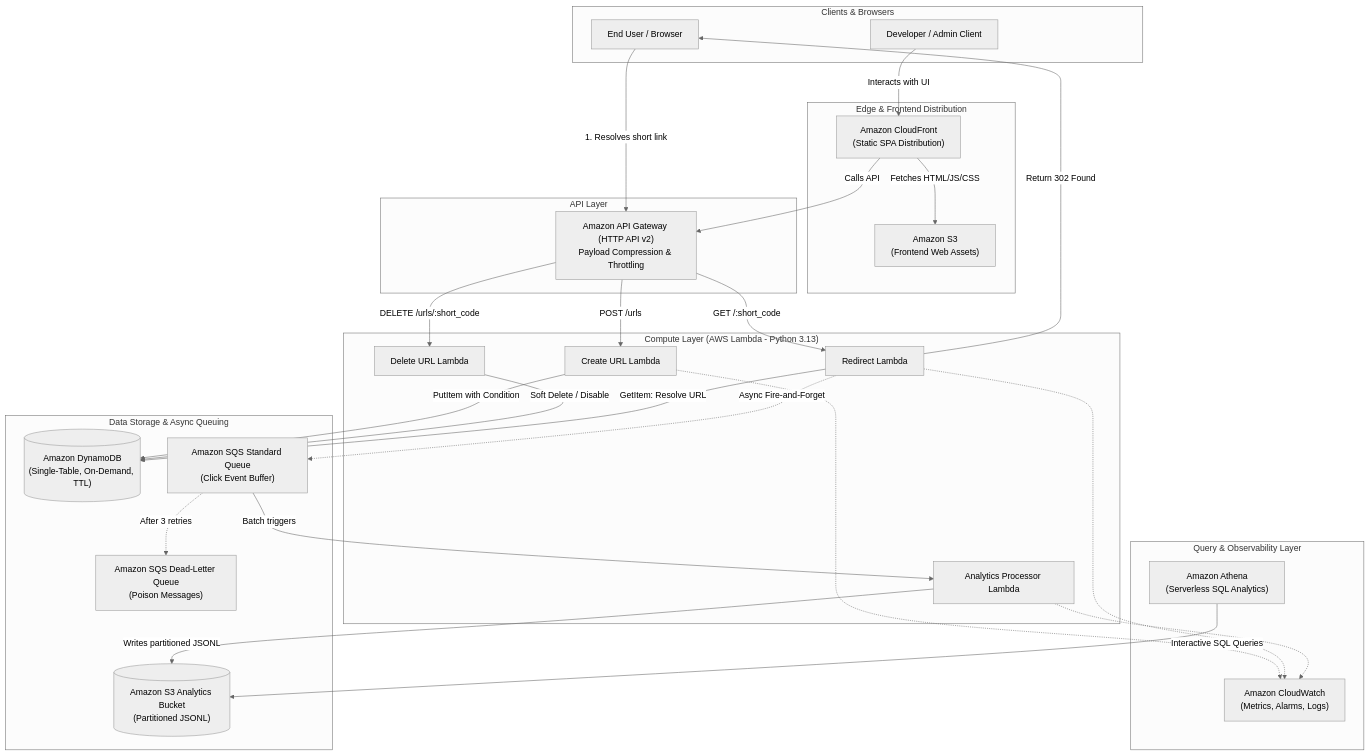
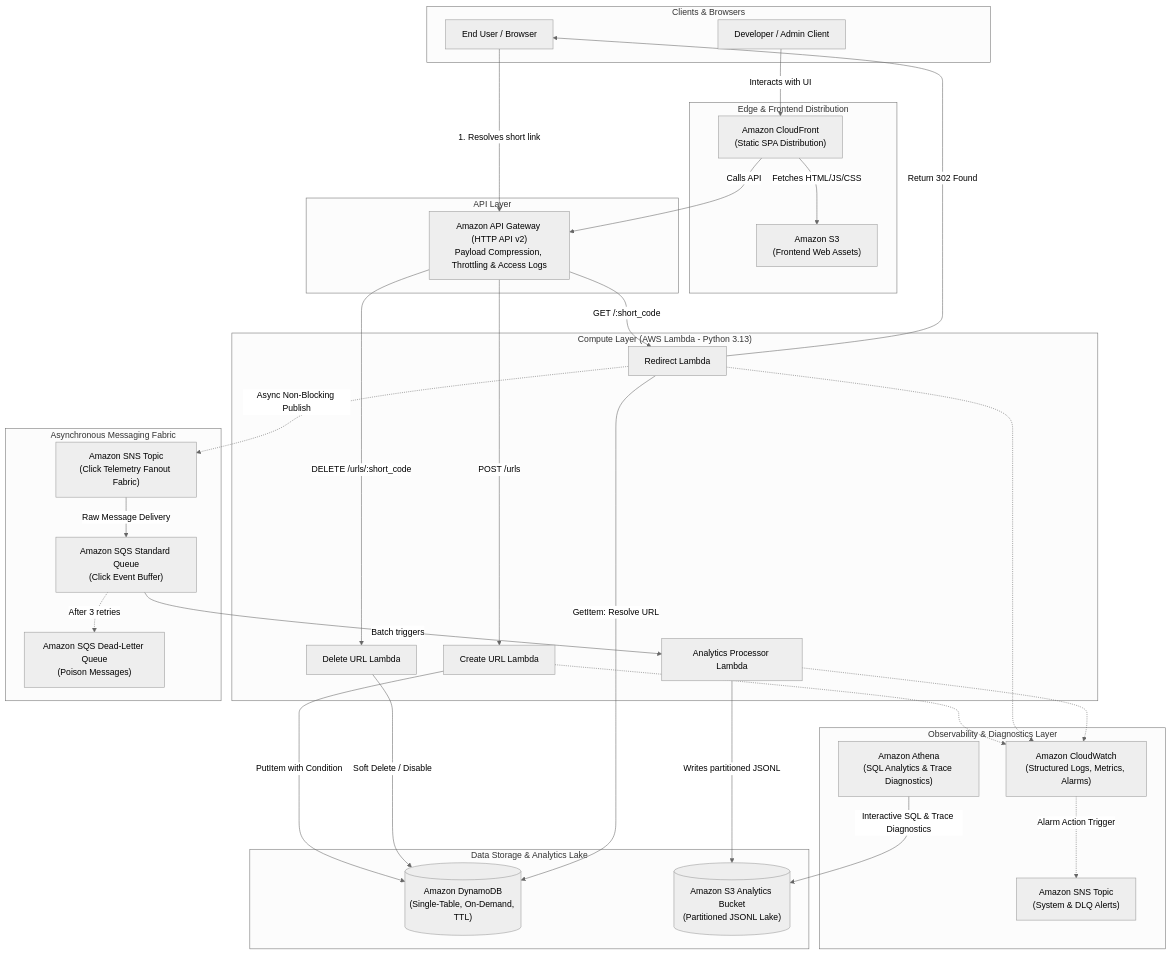
One commit to ShyamD2/aws-cloud-serverless-url-shortener changed the diagram in README.md. Above: the diagram before and after it, drawn with Mermaid (neutral theme). The commit also changed other lines of this file and 25 other files, not shown here.

First line of the commit message:
feat: implement SNS messaging fabric, structured JSON logging, and request-context propagation

````diff
--- a/README.md
+++ b/README.md
@@ -28,62 +31,69 @@
 ```mermaid
 flowchart TD
     subgraph Clients["Clients & Browsers"]
         U["End User / Browser"]
         Admin["Developer / Admin Client"]
     end
 
     subgraph EdgeFrontend["Edge & Frontend Distribution"]
         CF["Amazon CloudFront<br/>(Static SPA Distribution)"]
         S3Web["Amazon S3<br/>(Frontend Web Assets)"]
         CF -->|Fetches HTML/JS/CSS| S3Web
     end
 
     subgraph IngestionLayer["API Layer"]
-        APIGW["Amazon API Gateway (HTTP API v2)<br/>Payload Compression & Throttling"]
+        APIGW["Amazon API Gateway (HTTP API v2)<br/>Payload Compression, Throttling & Access Logs"]
     end
 
     subgraph ComputeLayer["Compute Layer (AWS Lambda - Python 3.13)"]
         L_Create["Create URL Lambda"]
         L_Redirect["Redirect Lambda"]
         L_Delete["Delete URL Lambda"]
         L_Analytics["Analytics Processor Lambda"]
     end
 
-    subgraph StorageLayer["Data Storage & Async Queuing"]
-        DDB[("Amazon DynamoDB<br/>(Single-Table, On-Demand, TTL)")]
+    subgraph MessagingLayer["Asynchronous Messaging Fabric"]
+        SNS["Amazon SNS Topic<br/>(Click Telemetry Fanout Fabric)"]
         SQS["Amazon SQS Standard Queue<br/>(Click Event Buffer)"]
         SQS_DLQ["Amazon SQS Dead-Letter Queue<br/>(Poison Messages)"]
-        S3_Data[("Amazon S3 Analytics Bucket<br/>(Partitioned JSONL)")]
+        SNS -->|Raw Message Delivery| SQS
     end
 
-    subgraph AnalyticsLayer["Query & Observability Layer"]
-        Athena["Amazon Athena<br/>(Serverless SQL Analytics)"]
-        CW["Amazon CloudWatch<br/>(Metrics, Alarms, Logs)"]
+    subgraph StorageLayer["Data Storage & Analytics Lake"]
+        DDB[("Amazon DynamoDB<br/>(Single-Table, On-Demand, TTL)")]
+        S3_Data[("Amazon S3 Analytics Bucket<br/>(Partitioned JSONL Lake)")]
+    end
+
+    subgraph ObservabilityLayer["Observability & Diagnostics Layer"]
+        Athena["Amazon Athena<br/>(SQL Analytics & Trace Diagnostics)"]
+        CW["Amazon CloudWatch<br/>(Structured Logs, Metrics, Alarms)"]
+        SNS_Alarms["Amazon SNS Topic<br/>(System & DLQ Alerts)"]
+        CW -.->|Alarm Action Trigger| SNS_Alarms
     end
 
     %% Routing
     U -->|1. Resolves short link| APIGW
     Admin -->|Interacts with UI| CF
     CF -->|Calls API| APIGW
 
     APIGW -->|"POST /urls"| L_Create
     APIGW -->|"GET /:short_code"| L_Redirect
     APIGW -->|"DELETE /urls/:short_code"| L_Delete
 
     %% Execution
     L_Create -->|PutItem with Condition| DDB
     L_Delete -->|Soft Delete / Disable| DDB
     L_Redirect -->|GetItem: Resolve URL| DDB
     L_Redirect -->|Return 302 Found| U
-    L_Redirect -.->|Async Fire-and-Forget| SQS
+    L_Redirect -.->|Async Non-Blocking Publish| SNS
 
     %% Analytics Pipeline
     SQS -->|Batch triggers| L_Analytics
     SQS -.->|After 3 retries| SQS_DLQ
     L_Analytics -->|Writes partitioned JSONL| S3_Data
-    Athena -->|Interactive SQL Queries| S3_Data
+    Athena -->|Interactive SQL & Trace Diagnostics| S3_Data
 
     L_Create -.-> CW
     L_Redirect -.-> CW
     L_Analytics -.-> CW
 ```
````
